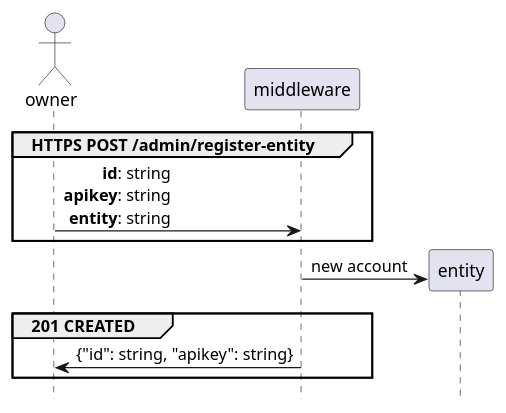
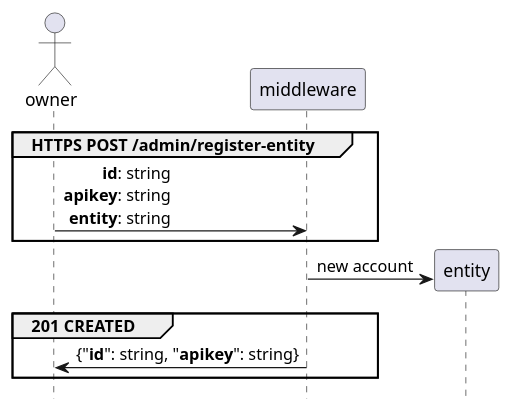
The diagram in DOCS/register-entity.plantuml (rbccps-iisc/corinthian), drawn with PlantUML before and after one commit. The commit also changed 5 other files, not shown here.

```diff
--- a/DOCS/register-entity.plantuml
+++ b/DOCS/register-entity.plantuml
@@ -1,17 +1,17 @@
 actor owner
 hide footbox
 
 group HTTPS POST /admin/register-entity
 
 owner -> middleware: **id**: string\r**apikey**: string\r**entity**: string
 
 end
 
 create entity
 middleware -> entity : new account
 
 group 201 CREATED
-middleware -> owner: {"id": string, "apikey": string}
+middleware -> owner: {"**id**": string, "**apikey**": string}
 end
 
 @enduml
```
